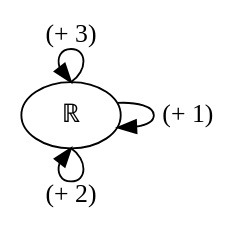
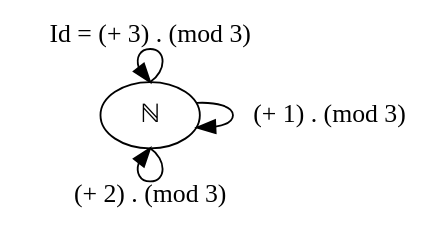
The seventh of 10 diagrams in README.md (lowdewijk/catsforprogs), drawn with Graphviz before and after one commit. The commit also changed other lines of this file, not shown here.

````diff
--- a/README.md
+++ b/README.md
@@ -303,7 +303,7 @@
  ```graphviz
 digraph G {
-  ℝ:n-> ℝ:n [label="(+ 3)"]
-  ℝ-> ℝ [label="(+ 1)"]
-  ℝ:s-> ℝ:s [label="(+ 2)"]
+  ℕ:n-> ℕ:n [label="Id = (+ 3) . (mod 3)"]
+  ℕ-> ℕ [label="(+ 1) . (mod 3)"]
+  ℕ:s-> ℕ:s [label="(+ 2) . (mod 3)"]
 }
 ```
````
